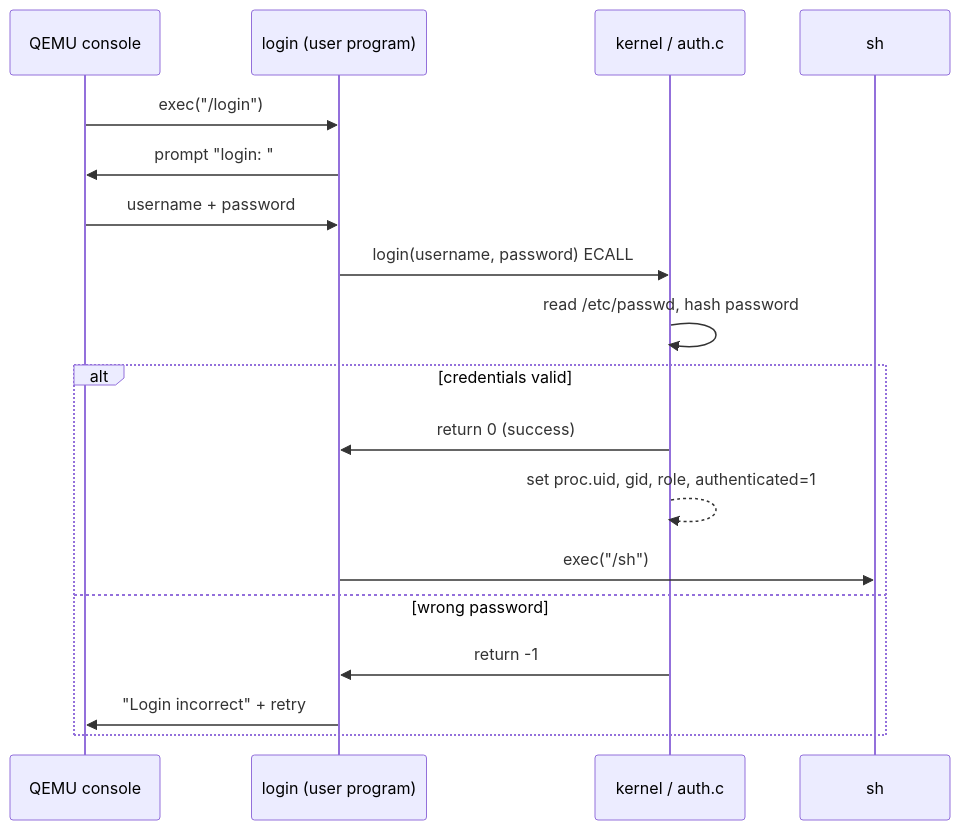
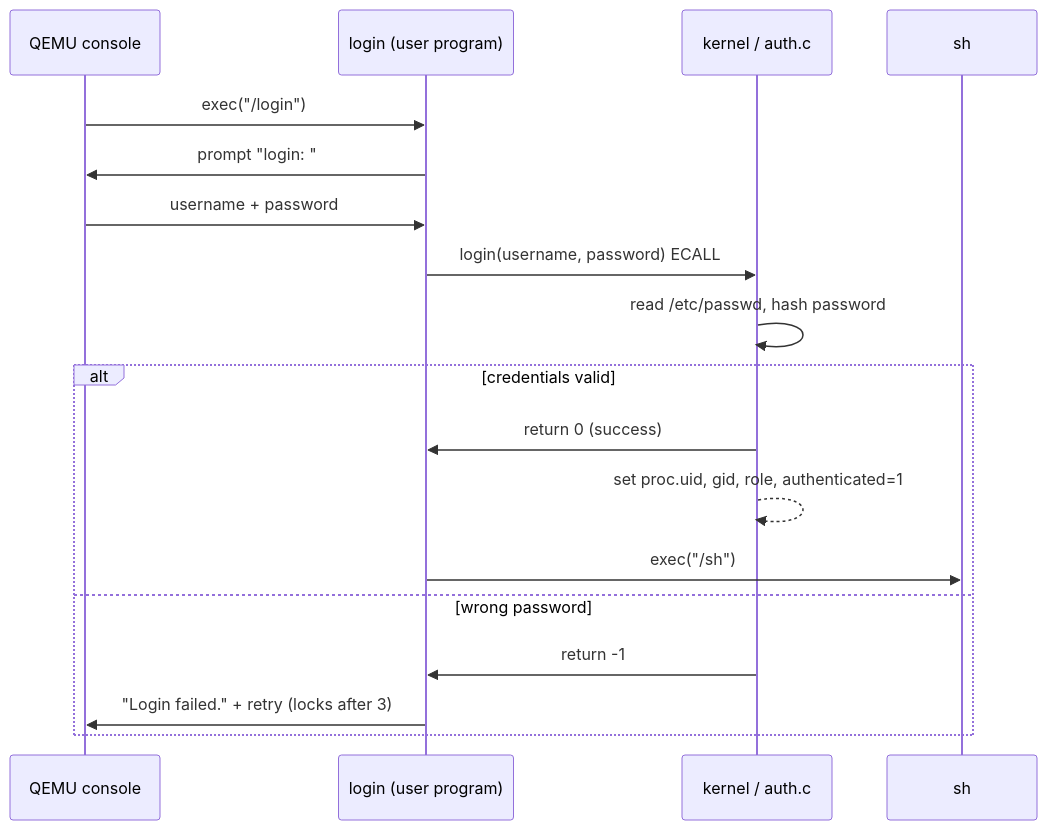
One commit to ahmeddwalid/OSSec12th changed the diagram in docs/docs/phase1-authentication.md. Above: the diagram before and after it, drawn with Mermaid. The commit also changed other lines of this file, not shown here.

````diff
--- a/docs/docs/phase1-authentication.md
+++ b/docs/docs/phase1-authentication.md
@@ -74,21 +84,21 @@
 ```mermaid
 sequenceDiagram
     participant QEMU as QEMU console
     participant login as login (user program)
     participant kernel as kernel / auth.c
     participant shell as sh
 
     QEMU->>login: exec("/login")
     login->>QEMU: prompt "login: "
     QEMU->>login: username + password
     login->>kernel: login(username, password) ECALL
     kernel->>kernel: read /etc/passwd, hash password
     alt credentials valid
         kernel->>login: return 0 (success)
         kernel-->>kernel: set proc.uid, gid, role, authenticated=1
         login->>shell: exec("/sh")
     else wrong password
         kernel->>login: return -1
-        login->>QEMU: "Login incorrect" + retry
+        login->>QEMU: "Login failed." + retry (locks after 3)
     end
 ```
````
